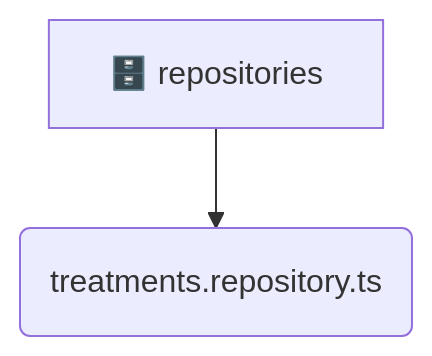
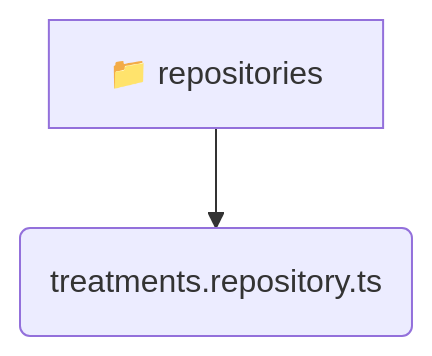
Before and after one commit to beginwebdev2002/fullstack-mavluda: the diagram in backend/src/modules/treatments/infrastructure/repositories/README.md, drawn with Mermaid. The commit also changed other lines of this file and 155 other files, not shown here.

````diff
--- a/backend/src/modules/treatments/infrastructure/repositories/README.md
+++ b/backend/src/modules/treatments/infrastructure/repositories/README.md
@@ -9,5 +9,5 @@
 ```mermaid
 graph TD
-  repositories[🗄️ repositories]
-  repositories --> treatments_repository_ts(treatments.repository.ts)
+  repositories[📁 repositories]
+  repositories --> repositories_treatments_repository_ts(treatments.repository.ts)
 ```
````
